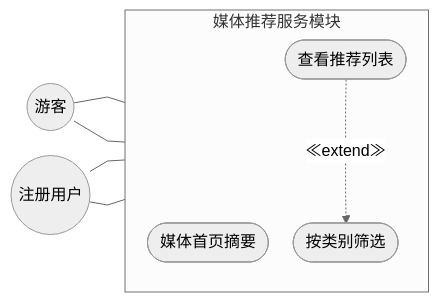
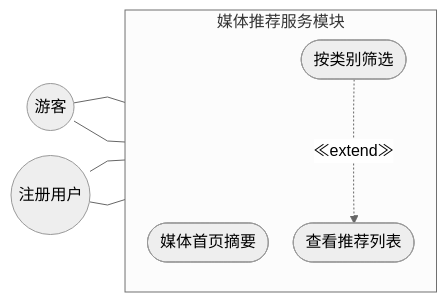
Before and after one commit to Wkjlovec/graduation_project_zhuang: the diagram in docs/diagrams/fig3-7-media-usecase.mmd, drawn with Mermaid. The commit also changed 11 other files, not shown here.

Commit message:
docs: 修正全部用例图extend箭头方向(从扩展用例指向基用例)

```diff
--- a/docs/diagrams/fig3-7-media-usecase.mmd
+++ b/docs/diagrams/fig3-7-media-usecase.mmd
@@ -1,17 +1,17 @@
 %%{init: {'theme': 'neutral', 'flowchart': {'curve': 'linear', 'rankSpacing': 35, 'nodeSpacing': 25}}}%%
 graph LR
     Guest((游客))
     User((注册用户))
 
     subgraph 媒体推荐服务模块
         direction TB
         UC1([媒体首页摘要])
         UC2([查看推荐列表])
         UC3([按类别筛选])
     end
 
     Guest --- UC1
     Guest --- UC2
     User --- UC1
     User --- UC2
-    UC2 -..->|"≪extend≫"| UC3
+    UC3 -..->|"≪extend≫"| UC2
```
